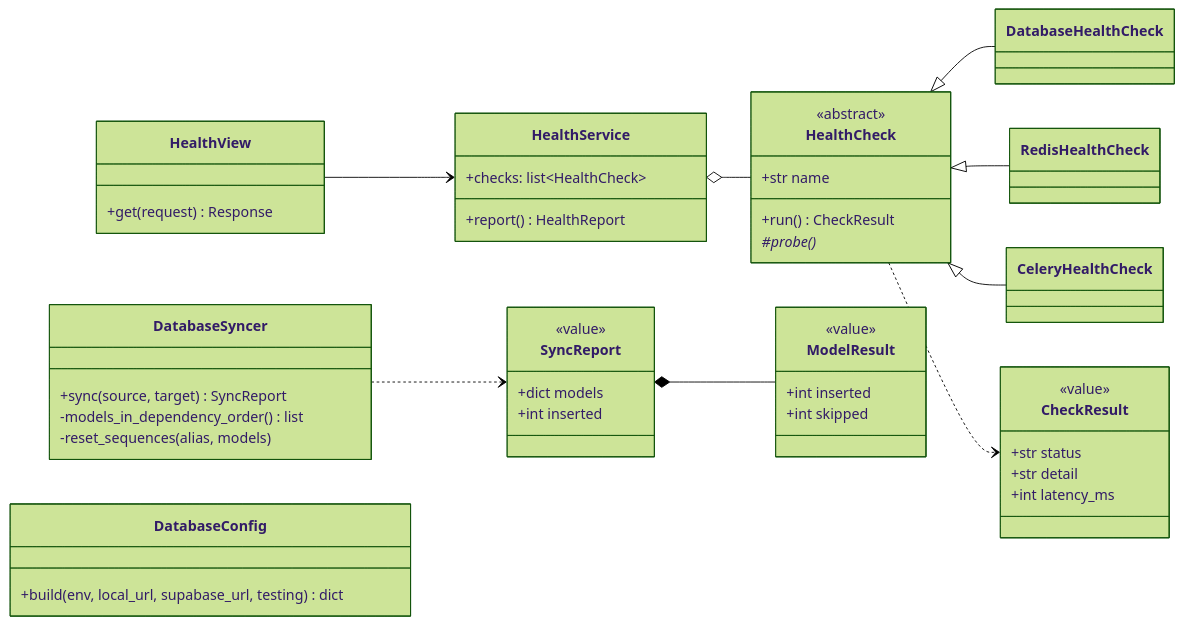
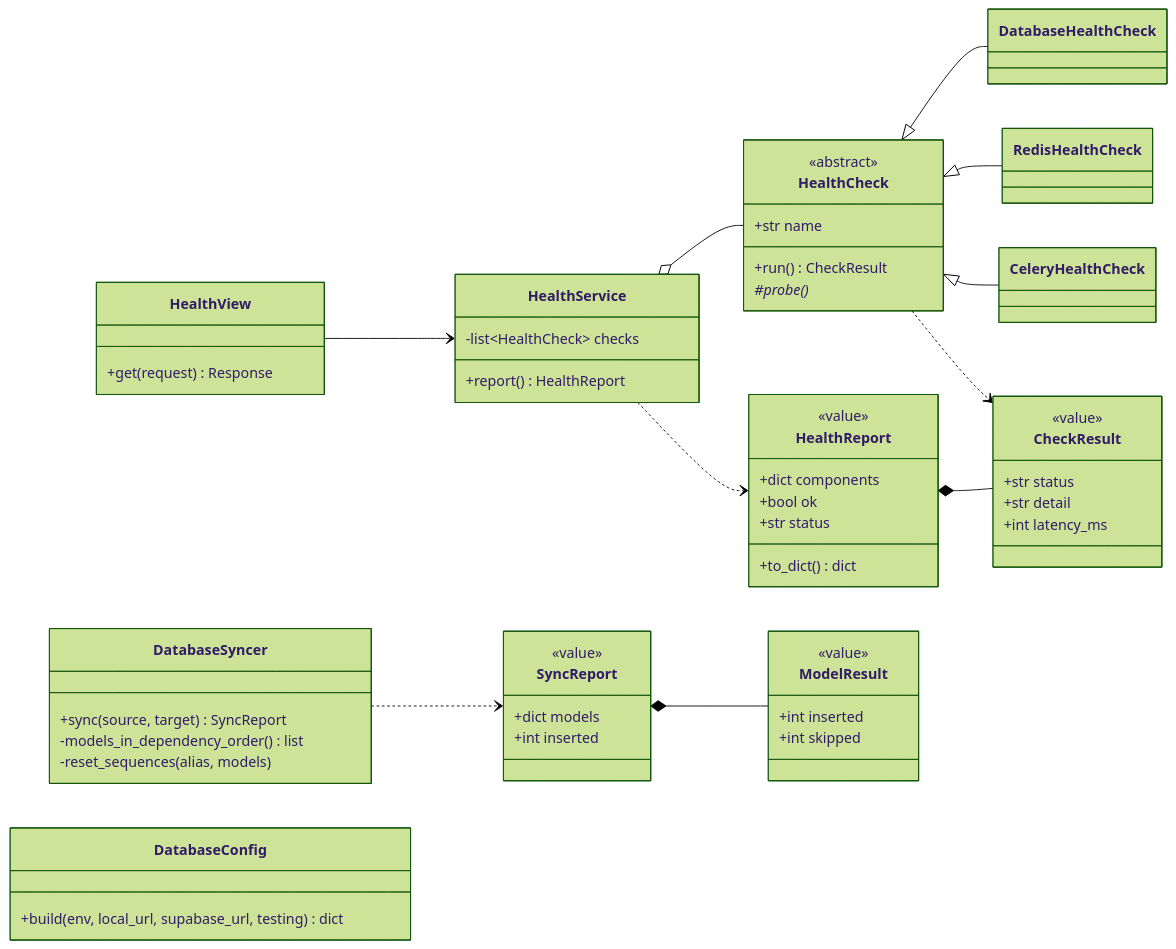
One commit to Satyamkumarjha4/Intelilearn changed the third of 14 diagrams in docs/design.md. Above: the diagram before and after it, drawn with Mermaid (forest theme). The commit also changed other lines of this file and 3 other files, not shown here.

First line of the commit message:
refactor(core): HealthCheck per dependency behind a HealthService

````diff
--- a/docs/design.md
+++ b/docs/design.md
@@ -217,53 +217,62 @@
 ```mermaid
 classDiagram
     direction LR
     class HealthCheck {
         <<abstract>>
         +str name
         +run() CheckResult
         #probe()*
     }
     class DatabaseHealthCheck
     class RedisHealthCheck
     class CeleryHealthCheck
     class HealthService {
-        +checks: list~HealthCheck~
+        -list~HealthCheck~ checks
         +report() HealthReport
+    }
+    class HealthReport {
+        <<value>>
+        +dict components
+        +bool ok
+        +str status
+        +to_dict() dict
     }
     class CheckResult {
         <<value>>
         +str status
         +str detail
         +int latency_ms
     }
     class HealthView {
         +get(request) Response
     }
     class DatabaseSyncer {
         +sync(source, target) SyncReport
         -models_in_dependency_order() list
         -reset_sequences(alias, models)
     }
     class SyncReport {
         <<value>>
         +dict models
         +int inserted
     }
     class ModelResult {
         <<value>>
         +int inserted
         +int skipped
     }
     class DatabaseConfig {
         +build(env, local_url, supabase_url, testing) dict
     }
 
     HealthCheck <|-- DatabaseHealthCheck
     HealthCheck <|-- RedisHealthCheck
     HealthCheck <|-- CeleryHealthCheck
     HealthService o-- HealthCheck
     HealthCheck ..> CheckResult
+    HealthService ..> HealthReport
+    HealthReport *-- CheckResult
     HealthView --> HealthService
     DatabaseSyncer ..> SyncReport
     SyncReport *-- ModelResult
 ```
````
